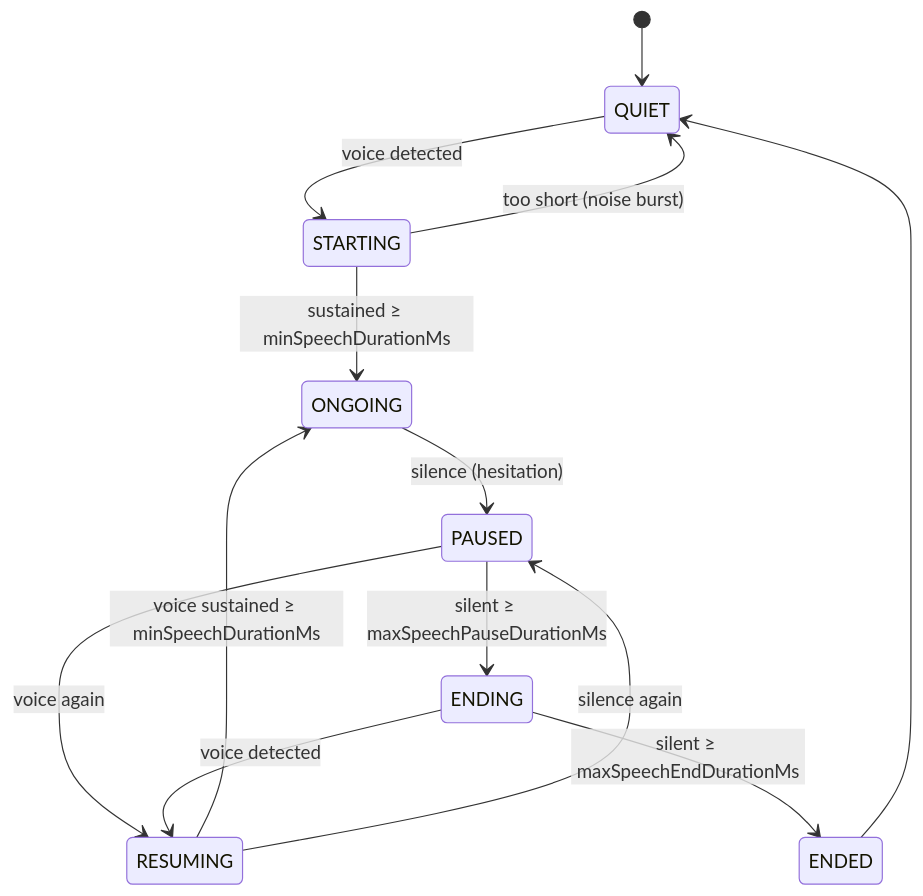
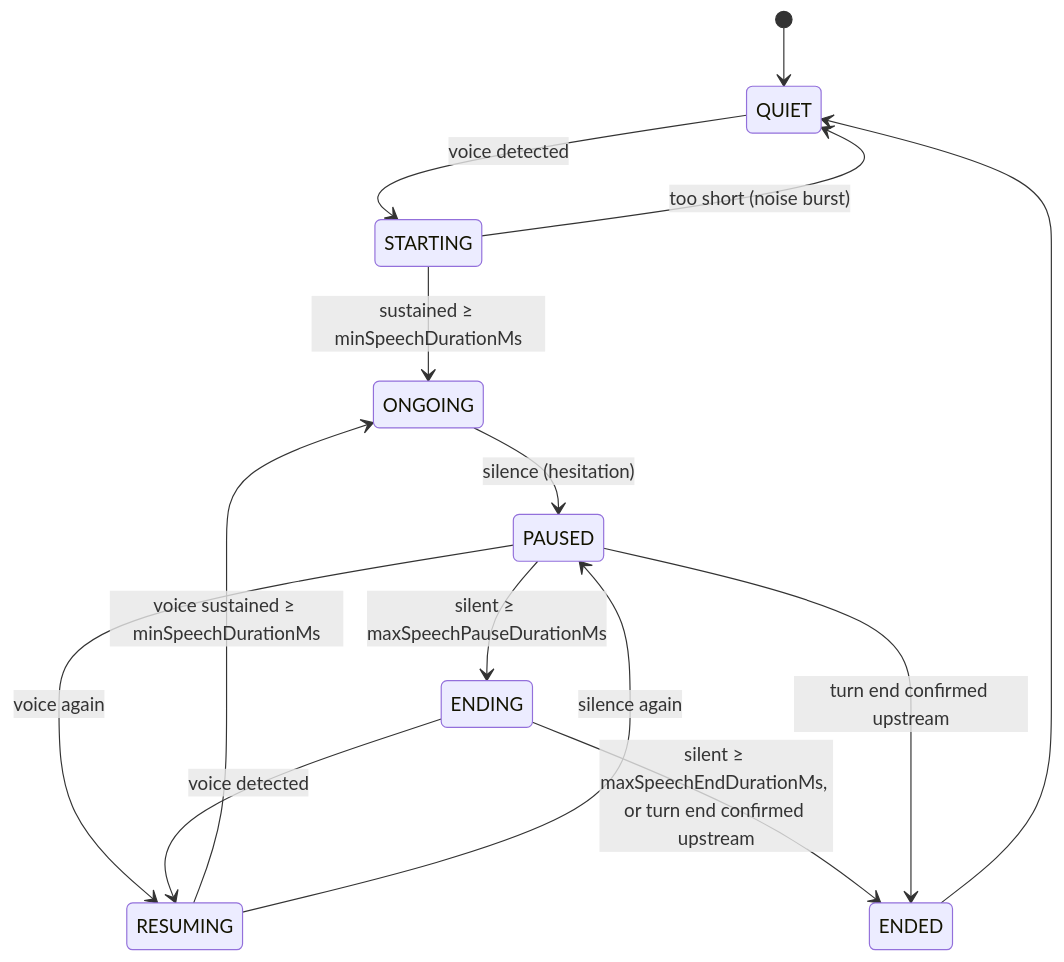
One commit to fatehmtd/VASDK changed the second of 3 diagrams in docs/reference/processors.md. Above: the diagram before and after it, drawn with Mermaid. The commit also changed other lines of this file and 6 other files, not shown here.

````diff
--- a/docs/reference/processors.md
+++ b/docs/reference/processors.md
@@ -103,15 +103,16 @@
 ```mermaid
 stateDiagram-v2
     [*] --> QUIET
     QUIET --> STARTING: voice detected
     STARTING --> ONGOING: sustained ≥ minSpeechDurationMs
     STARTING --> QUIET: too short (noise burst)
     ONGOING --> PAUSED: silence (hesitation)
     PAUSED --> RESUMING: voice again
     PAUSED --> ENDING: silent ≥ maxSpeechPauseDurationMs
     RESUMING --> ONGOING: voice sustained ≥ minSpeechDurationMs
     RESUMING --> PAUSED: silence again
     ENDING --> RESUMING: voice detected
-    ENDING --> ENDED: silent ≥ maxSpeechEndDurationMs
+    ENDING --> ENDED: silent ≥ maxSpeechEndDurationMs, or turn end confirmed upstream
+    PAUSED --> ENDED: turn end confirmed upstream
     ENDED --> QUIET
 ```
````
